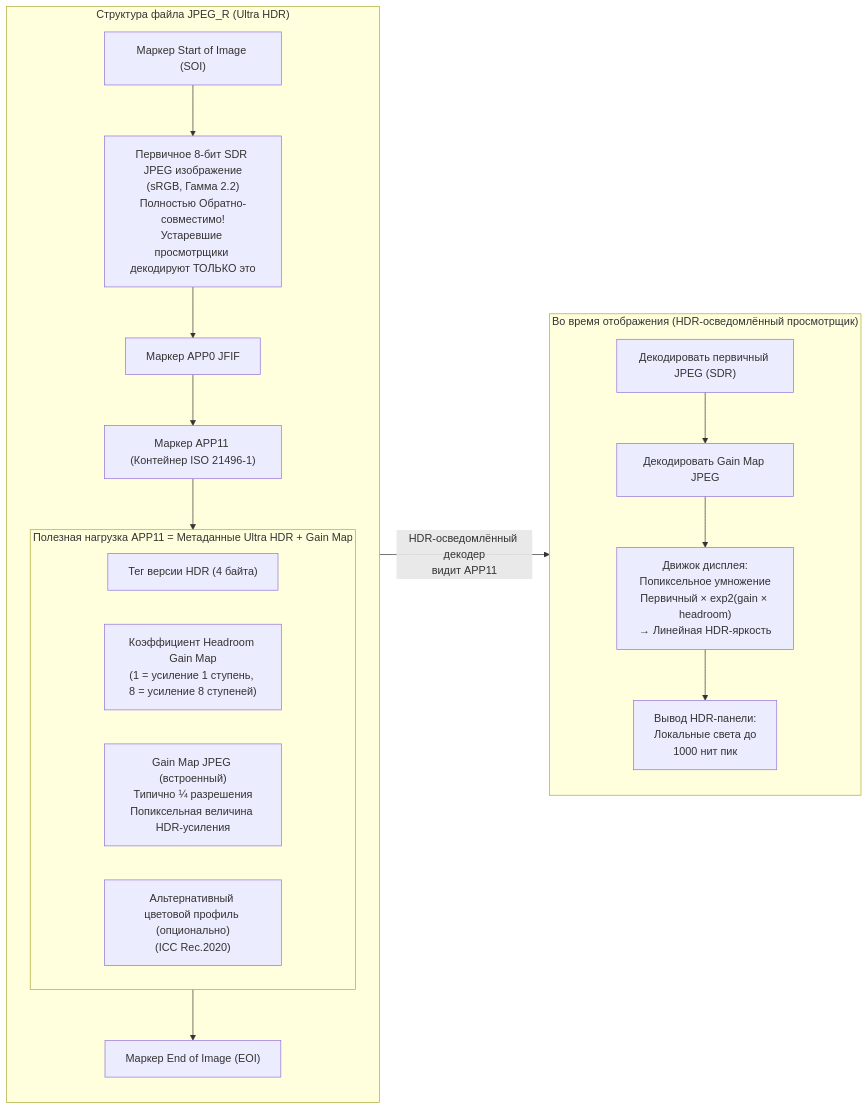
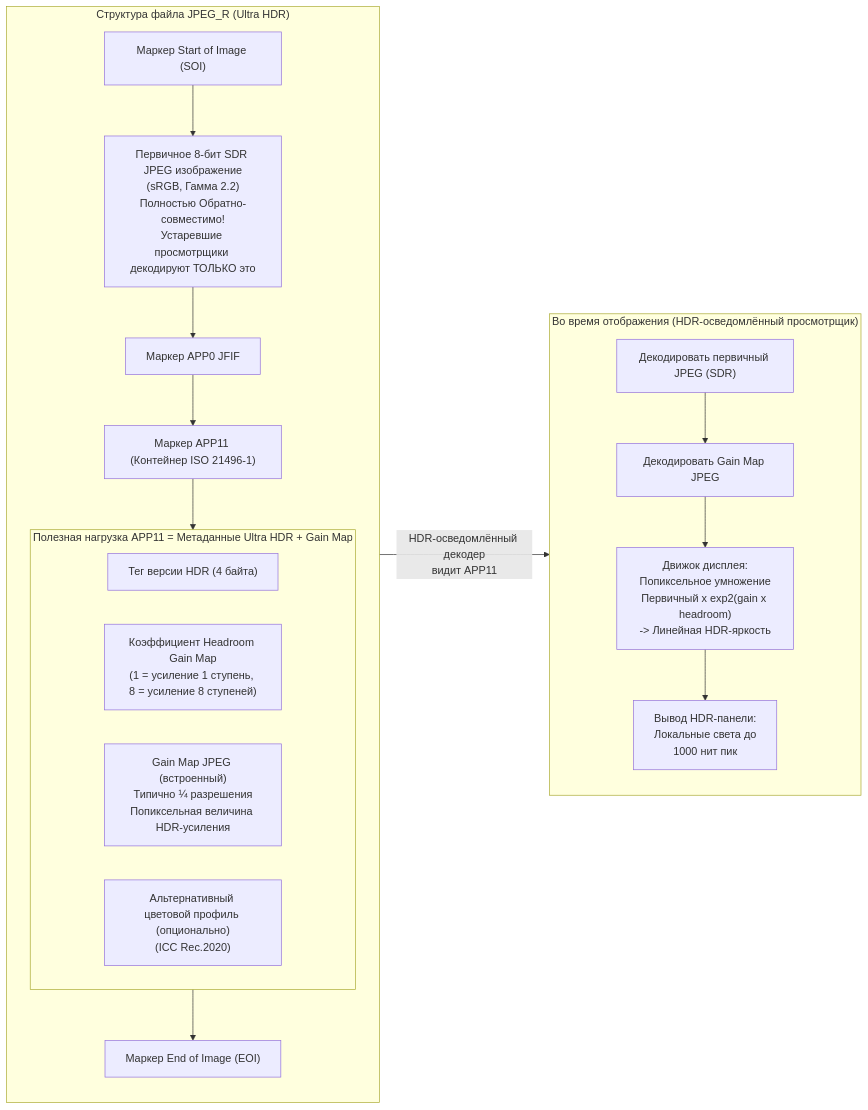
The second of 2 diagrams in website/i18n/ru/docusaurus-plugin-content-docs/current/camera2/hdr-and-ultra-hdr.md (zoozooll/AndroidCameraParameters), drawn with Mermaid before and after one commit. The commit also changed other lines of this file and 77 other files, not shown here.

First line of the commit message:
docs: standardize Mermaid syntax and polish 3A pipeline translations

````diff
--- a/website/i18n/ru/docusaurus-plugin-content-docs/current/camera2/hdr-and-ultra-hdr.md
+++ b/website/i18n/ru/docusaurus-plugin-content-docs/current/camera2/hdr-and-ultra-hdr.md
@@ -198,25 +198,25 @@
 ```mermaid
 flowchart LR
     subgraph FILE["Структура файла JPEG_R (Ultra HDR)"]
         direction TB
         SOI["Маркер Start of Image (SOI)"] --> PRIMARY["Первичное 8-бит SDR JPEG изображение<br/>(sRGB, Гамма 2.2)<br/>Полностью Обратно-совместимо!<br/>Устаревшие просмотрщики декодируют ТОЛЬКО это"]
         PRIMARY --> APP0["Маркер APP0 JFIF"]
         APP0 --> APP11["Маркер APP11 (Контейнер ISO 21496-1)"]
         subgraph GAINMAP["Полезная нагрузка APP11 = Метаданные Ultra HDR + Gain Map"]
             GM1["Тег версии HDR (4 байта)"]
             GM2["Коэффициент Headroom Gain Map<br/>(1 = усиление 1 ступень, 8 = усиление 8 ступеней)"]
             GM3["Gain Map JPEG (встроенный)<br/>Типично ¼ разрешения<br/>Попиксельная величина HDR-усиления"]
             GM4["Альтернативный цветовой профиль (опционально)<br/>(ICC Rec.2020)"]
         end
         APP11 --> GAINMAP
         GAINMAP --> EOI["Маркер End of Image (EOI)"]
     end
 
     subgraph RENDER["Во время отображения (HDR-осведомлённый просмотрщик)"]
         R1["Декодировать первичный JPEG (SDR)"] --> R2["Декодировать Gain Map JPEG"]
-        R2 --> R3["Движок дисплея:<br/>Попиксельное умножение<br/>Первичный × exp2(gain × headroom)<br/>→ Линейная HDR-яркость"]
+        R2 --> R3["Движок дисплея:<br/>Попиксельное умножение<br/>Первичный x exp2(gain x headroom)<br/>-> Линейная HDR-яркость"]
         R3 --> R4["Вывод HDR-панели:<br/>Локальные света до<br/>1000 нит пик"]
     end
 
     FILE -->|"HDR-осведомлённый декодер<br/>видит APP11"| RENDER
 ```
````
